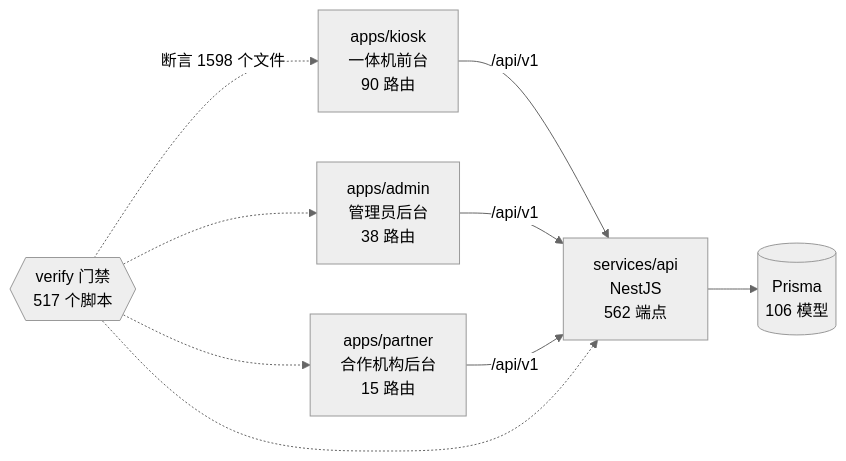
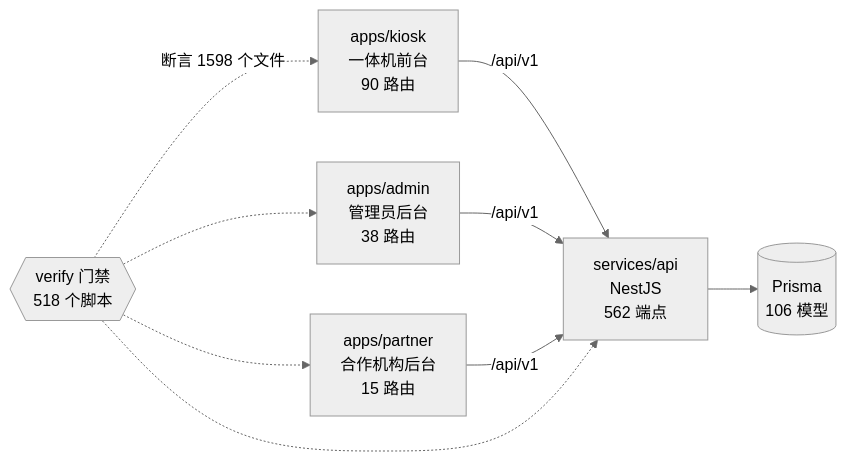
Before and after one commit to wanglei581/YITIJI: the diagram in docs/graph/README.md, drawn with Mermaid (neutral theme). The commit also changed other lines of this file and 3 other files, not shown here.

Commit message:
docs: 一体机错误码覆盖进度；图谱

````diff
--- a/docs/graph/README.md
+++ b/docs/graph/README.md
@@ -68,18 +68,18 @@
 ```mermaid
 flowchart LR
   kiosk["apps/kiosk<br/>一体机前台<br/>90 路由"]
   admin["apps/admin<br/>管理员后台<br/>38 路由"]
   partner["apps/partner<br/>合作机构后台<br/>15 路由"]
   api["services/api<br/>NestJS<br/>562 端点"]
   db[("Prisma<br/>106 模型")]
-  gates{{"verify 门禁<br/>517 个脚本"}}
+  gates{{"verify 门禁<br/>518 个脚本"}}
 
   kiosk -->|"/api/v1"| api
   admin -->|"/api/v1"| api
   partner -->|"/api/v1"| api
   api --> db
   gates -.->|"断言 1598 个文件"| kiosk
   gates -.-> admin
   gates -.-> partner
   gates -.-> api
 ```
````
